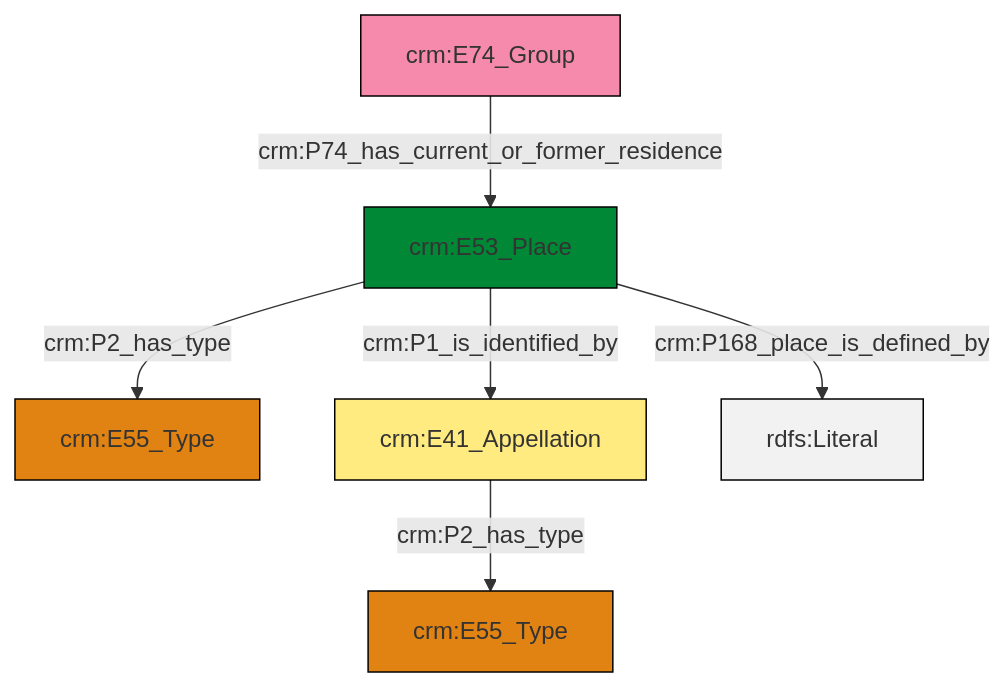
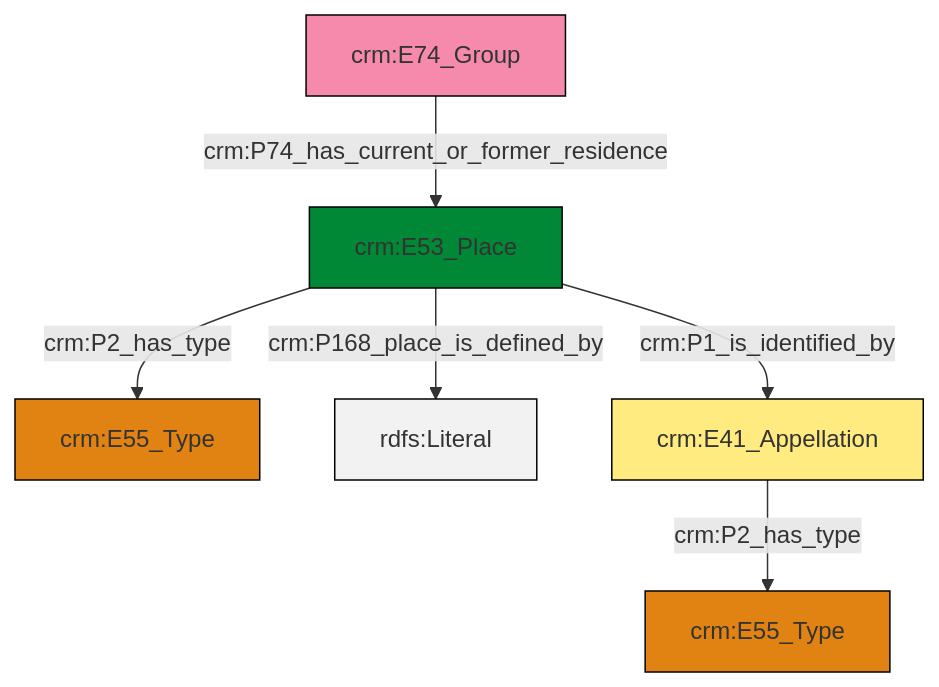
The diagram in et/groupCSV/ttl/mmd/group_location.ttl.mmd (swiss-art-research-net/reference-data-models), drawn with Mermaid before and after one commit. The commit also changed 125 other files, not shown here.

```diff
--- a/et/groupCSV/ttl/mmd/group_location.ttl.mmd
+++ b/et/groupCSV/ttl/mmd/group_location.ttl.mmd
@@ -1,20 +1,20 @@
 graph TD
 classDef Literal fill:#f2f2f2,stroke:#000000;
 classDef CRM_Entity fill:#FFFFFF,stroke:#000000;
 classDef Temporal_Entity fill:#00C9E6, stroke:#000000;
 classDef Type fill:#E18312, stroke:#000000;
 classDef Time-Span fill:#2C9C91, stroke:#000000;
 classDef Appellation fill:#FFEB7F, stroke:#000000;
 classDef Place fill:#008836, stroke:#000000;
 classDef Persistent_Item fill:#B266B2, stroke:#000000;
 classDef Conceptual_Object fill:#FFD700, stroke:#000000;
 classDef Physical_Thing fill:#D2B48C, stroke:#000000;
 classDef Actor fill:#f58aad, stroke:#000000;
 classDef PC_Classes fill:#4ce600, stroke:#000000;
 classDef Multi fill:#cccccc,stroke:#000000;
 
-0["crm:E74_Group"]:::Actor -->|crm:P74_has_current_or_former_residence| 6["crm:E53_Place"]:::Place
-6["crm:E53_Place"]:::Place -->|crm:P1_is_identified_by| 4["crm:E41_Appellation"]:::Appellation
-4["crm:E41_Appellation"]:::Appellation -->|crm:P2_has_type| 7["crm:E55_Type"]:::Type
-6["crm:E53_Place"]:::Place -->|crm:P168_place_is_defined_by| 8[rdfs:Literal]:::Literal
-6["crm:E53_Place"]:::Place -->|crm:P2_has_type| 2["crm:E55_Type"]:::Type
+0["crm:E74_Group"]:::Actor -->|crm:P74_has_current_or_former_residence| 2["crm:E53_Place"]:::Place
+2["crm:E53_Place"]:::Place -->|crm:P2_has_type| 3["crm:E55_Type"]:::Type
+2["crm:E53_Place"]:::Place -->|crm:P168_place_is_defined_by| 7[rdfs:Literal]:::Literal
+2["crm:E53_Place"]:::Place -->|crm:P1_is_identified_by| 9["crm:E41_Appellation"]:::Appellation
+9["crm:E41_Appellation"]:::Appellation -->|crm:P2_has_type| 5["crm:E55_Type"]:::Type
```
